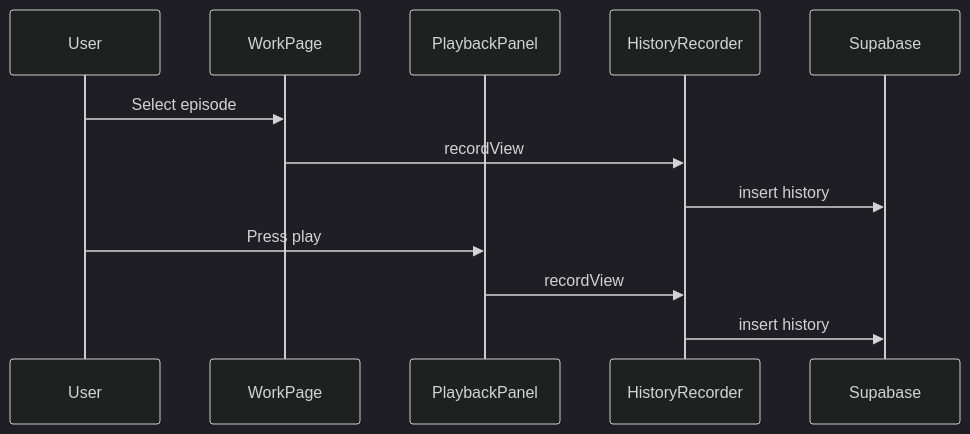
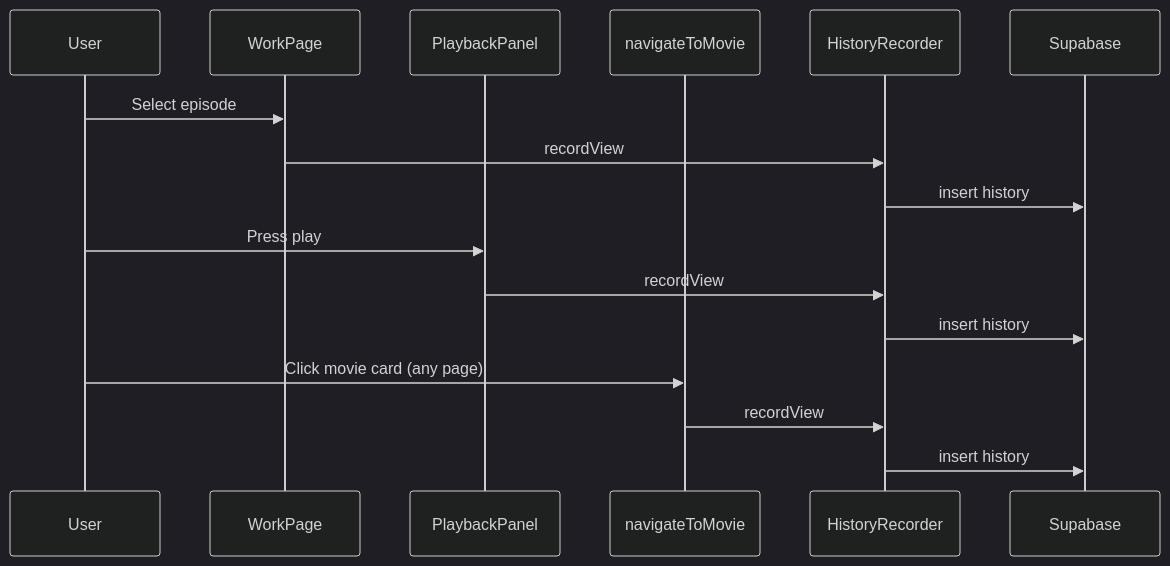
The fourth of 5 diagrams in .kiro/specs/viewing-history-page/design.md (arinko39140/mangadouga), drawn with Mermaid (dark theme) before and after one commit. The commit also changed other lines of this file, not shown here.

Commit message:
Update viewing history design for auth and recording

````diff
--- a/.kiro/specs/viewing-history-page/design.md
+++ b/.kiro/specs/viewing-history-page/design.md
@@ -132,14 +133,18 @@
 ```mermaid
 sequenceDiagram
   participant User
   participant WorkPage
   participant PlaybackPanel
+  participant navigateToMovie
   participant HistoryRecorder
   participant Supabase
   User->>WorkPage: Select episode
   WorkPage->>HistoryRecorder: recordView
   HistoryRecorder->>Supabase: insert history
   User->>PlaybackPanel: Press play
   PlaybackPanel->>HistoryRecorder: recordView
   HistoryRecorder->>Supabase: insert history
+  User->>navigateToMovie: Click movie card (any page)
+  navigateToMovie->>HistoryRecorder: recordView
+  HistoryRecorder->>Supabase: insert history
 ```
````
